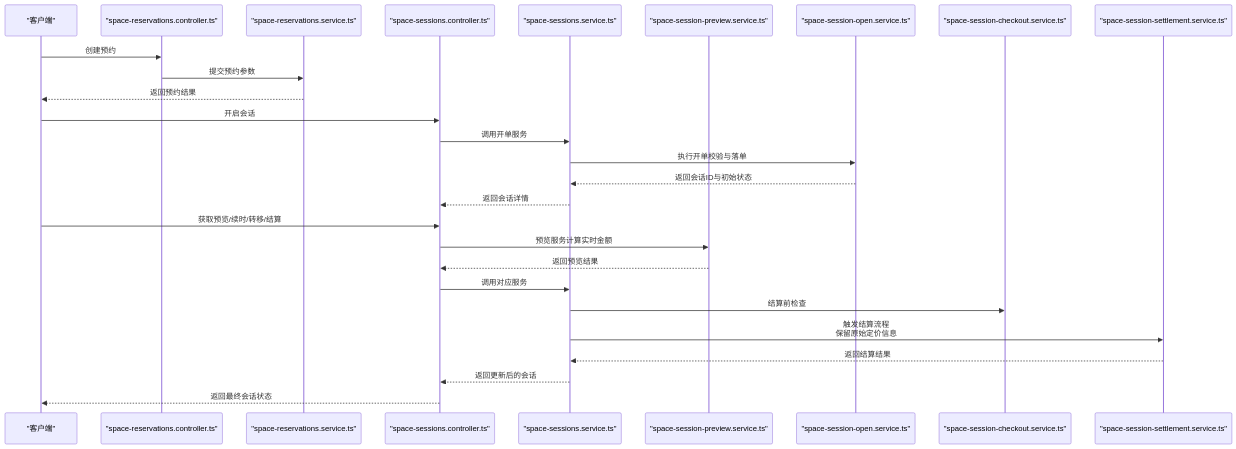
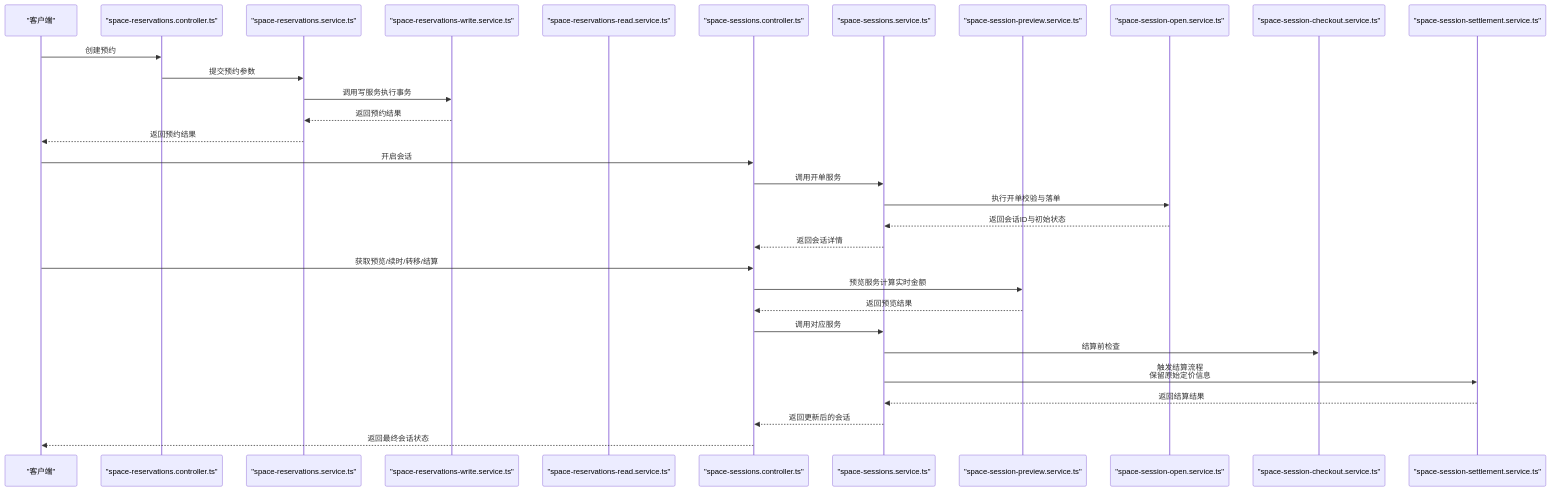
The second of 11 diagrams in .qoder/repowiki/zh/content/业务模块/运营管理模块/空间管理.md (rc558620/purelyprofit-server), drawn with Mermaid before and after one commit. The commit also changed other lines of this file and 10 other files, not shown here.

````diff
--- a/.qoder/repowiki/zh/content/业务模块/运营管理模块/空间管理.md
+++ b/.qoder/repowiki/zh/content/业务模块/运营管理模块/空间管理.md
@@ -238,29 +248,33 @@
 ```mermaid
 sequenceDiagram
 participant U as "客户端"
 participant RC as "space-reservations.controller.ts"
 participant RS as "space-reservations.service.ts"
+participant RWS as "space-reservations-write.service.ts"
+participant RRS as "space-reservations-read.service.ts"
 participant SC as "space-sessions.controller.ts"
 participant SS as "space-sessions.service.ts"
 participant PS as "space-session-preview.service.ts"
 participant OS as "space-session-open.service.ts"
 participant CS as "space-session-checkout.service.ts"
 participant ST as "space-session-settlement.service.ts"
 U->>RC : 创建预约
 RC->>RS : 提交预约参数
+RS->>RWS : 调用写服务执行事务
+RWS-->>RS : 返回预约结果
 RS-->>U : 返回预约结果
 U->>SC : 开启会话
 SC->>SS : 调用开单服务
 SS->>OS : 执行开单校验与落单
 OS-->>SS : 返回会话ID与初始状态
 SS-->>SC : 返回会话详情
 U->>SC : 获取预览/续时/转移/结算
 SC->>PS : 预览服务计算实时金额
 PS-->>SC : 返回预览结果
 SC->>SS : 调用对应服务
 SS->>CS : 结算前检查
 SS->>ST : 触发结算流程<br/>保留原始定价信息
 ST-->>SS : 返回结算结果
 SS-->>SC : 返回更新后的会话
 SC-->>U : 返回最终会话状态
 ```
````
